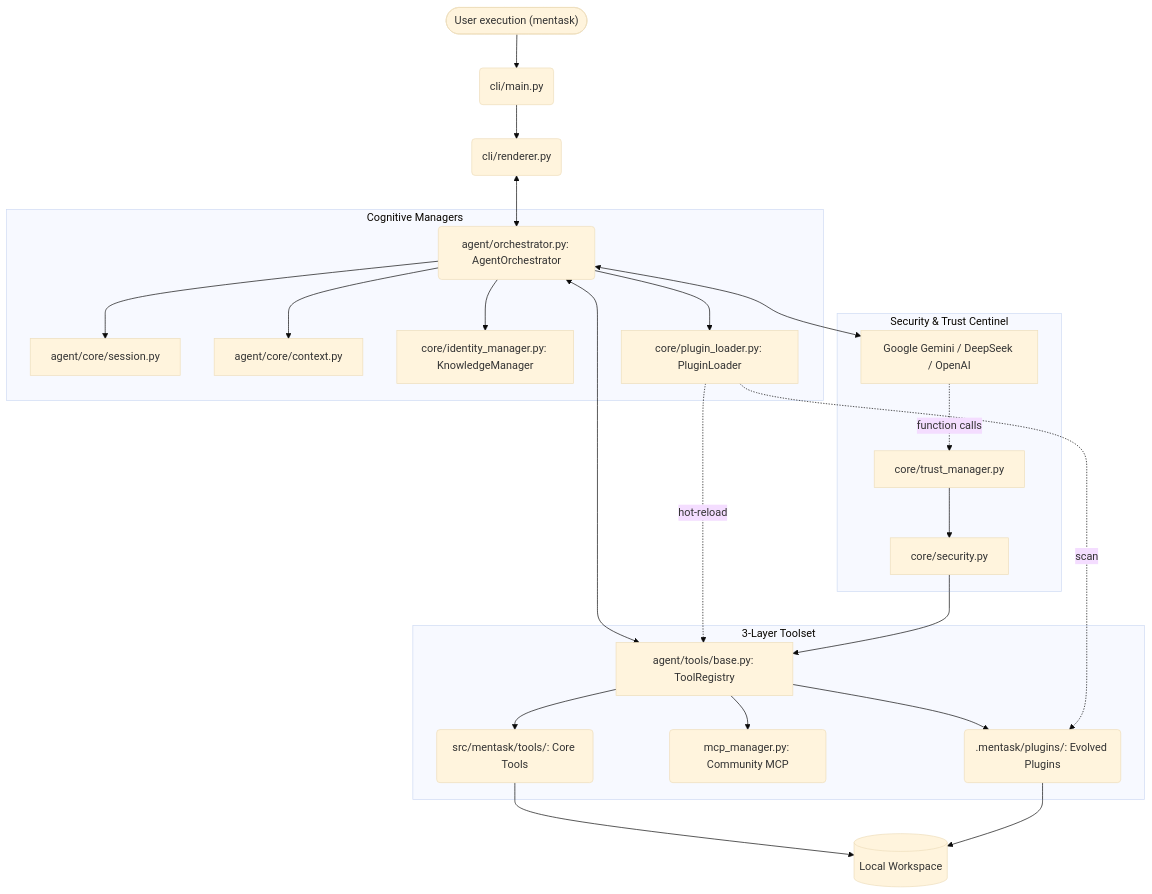
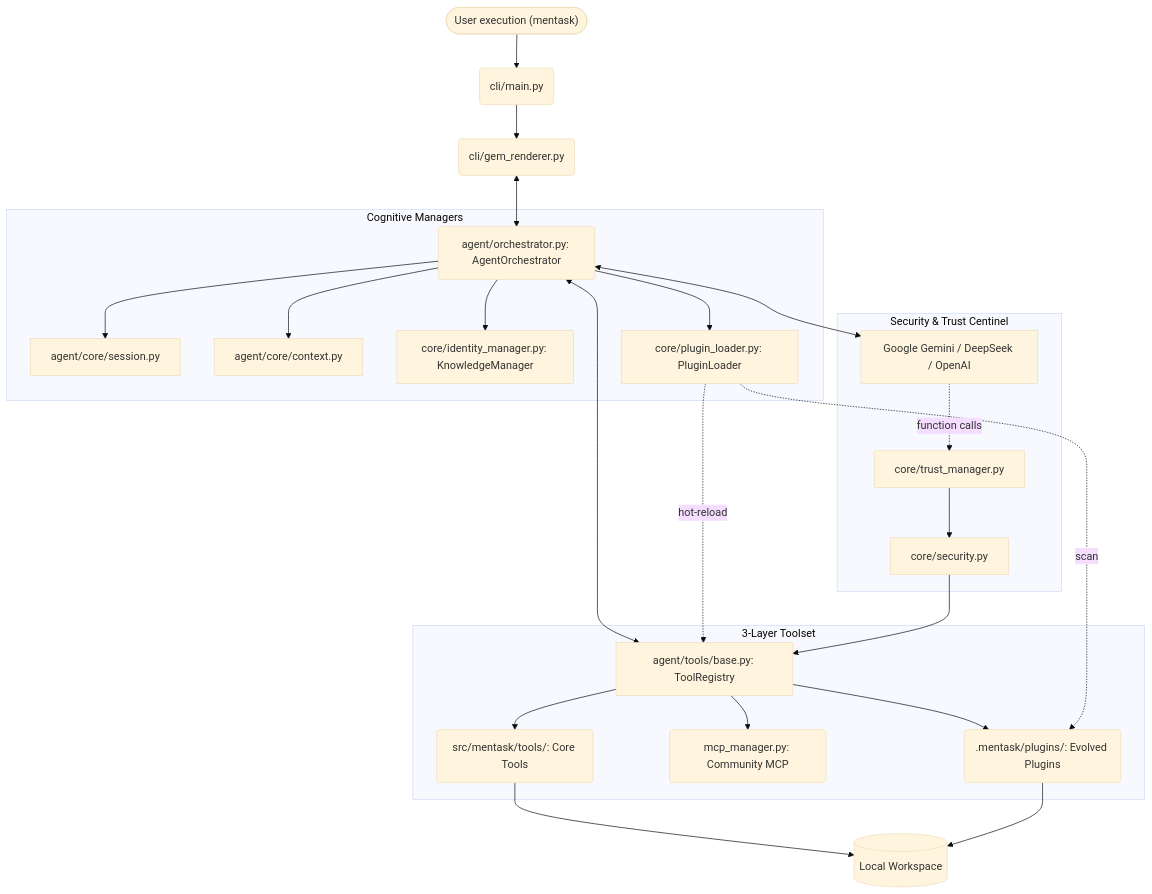
Before and after one commit to julesklord/askgem.py: the diagram in wiki/Architecture.md, drawn with Mermaid (base theme). The commit also changed other lines of this file and 39 other files, not shown here.

````diff
--- a/wiki/Architecture.md
+++ b/wiki/Architecture.md
@@ -7,34 +7,34 @@
 ```mermaid
 flowchart TD
     CLI(["User execution (mentask)"]) --> Main(cli/main.py)
-    Main --> Renderer(cli/renderer.py)
+    Main --> Renderer(cli/gem_renderer.py)
     Renderer <--> Orchestrator(agent/orchestrator.py: AgentOrchestrator)
     
     subgraph Cognitive_Layer [Cognitive Managers]
         Orchestrator --> Session[agent/core/session.py]
         Orchestrator --> Context[agent/core/context.py]
         Orchestrator --> Hub[core/identity_manager.py: KnowledgeManager]
         Orchestrator --> Loader[core/plugin_loader.py: PluginLoader]
     end
 
     subgraph Tool_Ecosystem [3-Layer Toolset]
         Registry[agent/tools/base.py: ToolRegistry]
         Registry --> Layer1(src/mentask/tools/: Core Tools)
         Registry --> Layer2(mcp_manager.py: Community MCP)
         Registry --> Layer3(.mentask/plugins/: Evolved Plugins)
     end
 
     Orchestrator <--> Registry
     Loader -. hot-reload .-> Registry
     Loader -. scan .-> Layer3
 
     Orchestrator <--> LLM[Google Gemini / DeepSeek / OpenAI]
     
     subgraph Security_Layer [Security & Trust Centinel]
         LLM -. function calls .-> Trust[core/trust_manager.py]
         Trust --> SecurityCheck[core/security.py]
         SecurityCheck --> Registry
     end
 
     Layer1 & Layer3 --> localDisk[(Local Workspace)]
 ```
````
